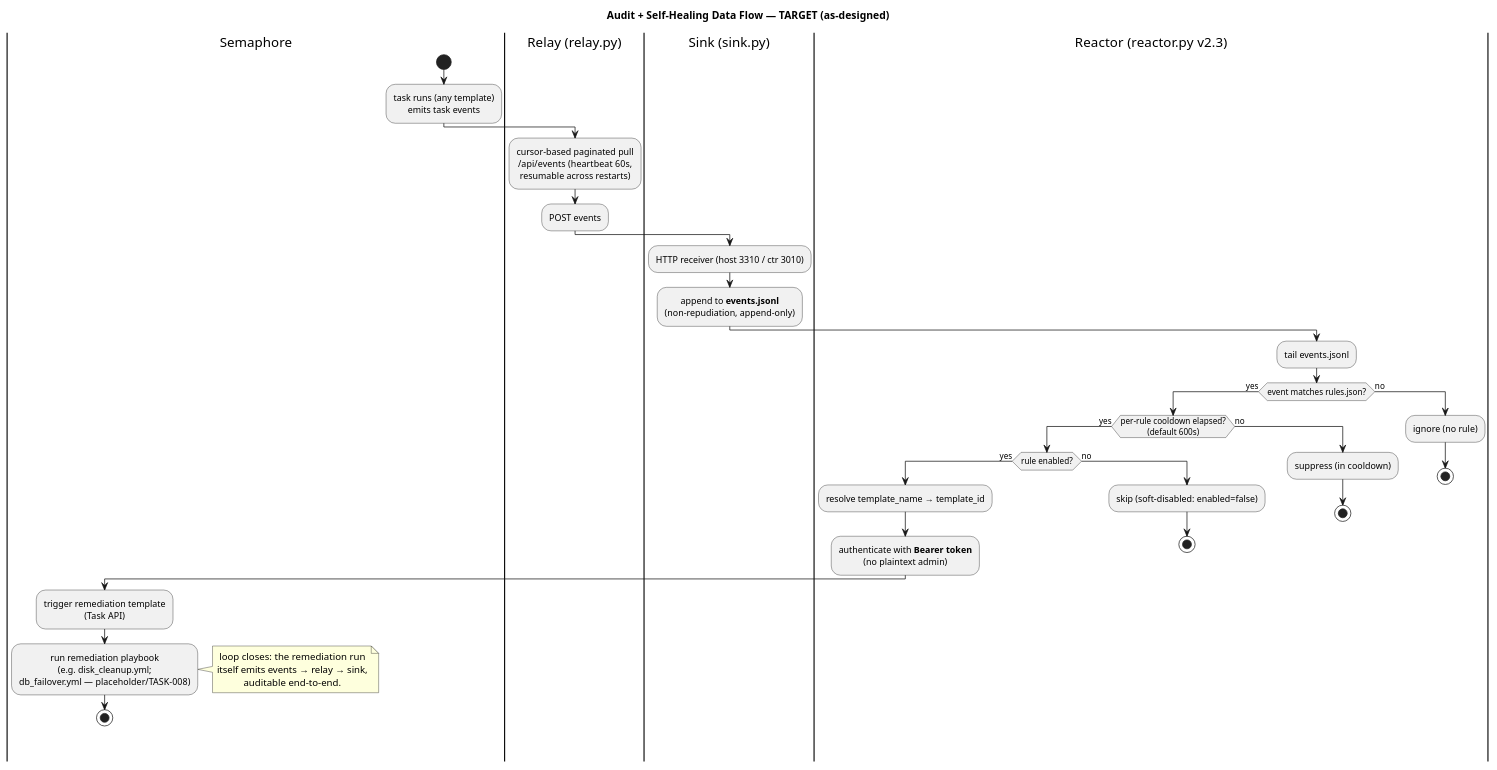
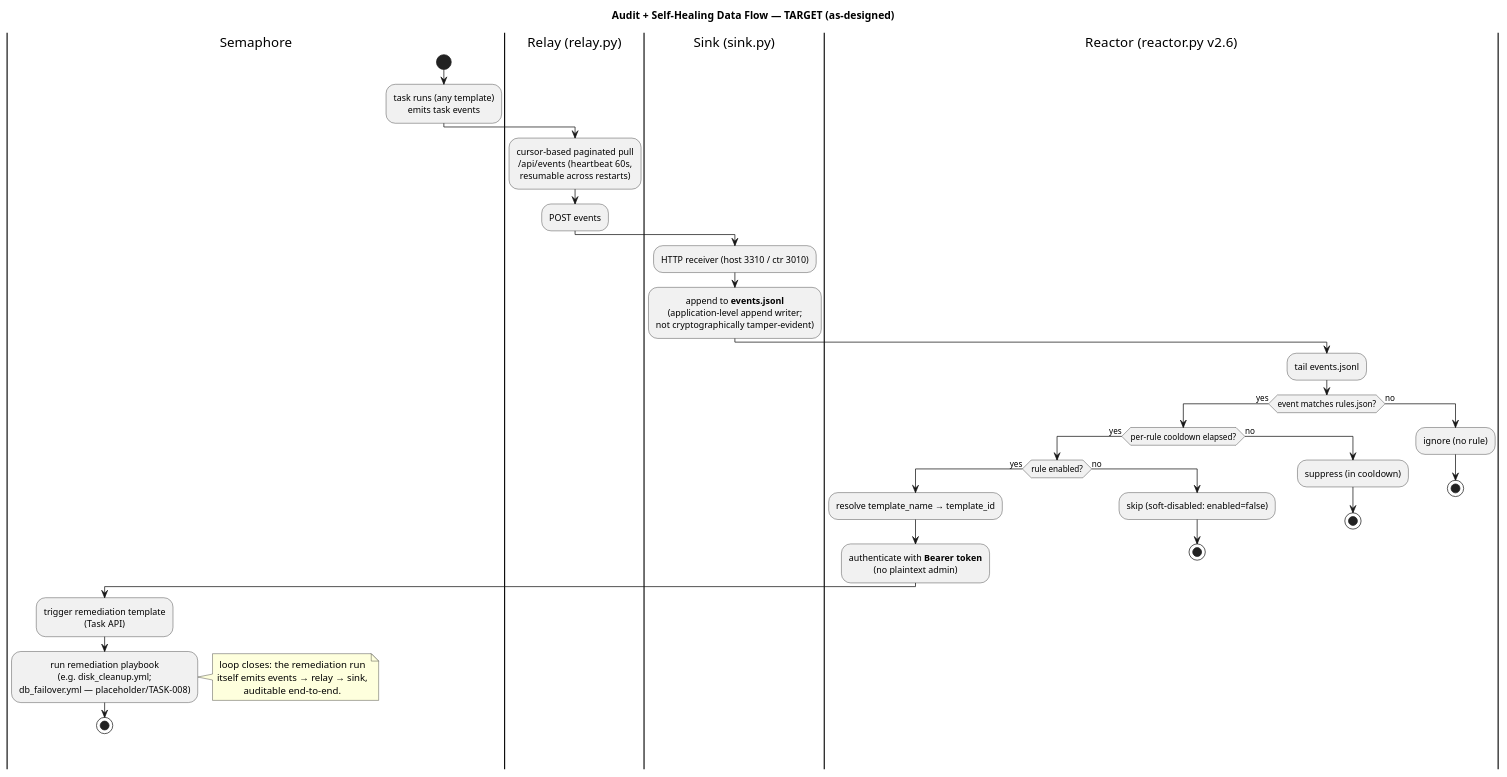
The diagram in docs/feat-target-architecture/diagrams/03-audit-selfheal-dataflow.puml (taoziyoyo2566/ansispire), drawn with PlantUML before and after one commit. The commit also changed 45 other files, not shown here.

First line of the commit message:
docs(feat-target-architecture): own the diagram set in the feature hub; reconcile doc truth (round 13)

```diff
--- a/docs/feat-target-architecture/diagrams/03-audit-selfheal-dataflow.puml
+++ b/docs/feat-target-architecture/diagrams/03-audit-selfheal-dataflow.puml
@@ -1,46 +1,46 @@
 @startuml ansispire-audit-selfheal-dataflow
 title Audit + Self-Healing Data Flow — TARGET (as-designed)
 skinparam shadowing false
 skinparam defaultTextAlignment center
 
 |Semaphore|
 start
 :task runs (any template)\nemits task events;
 |Relay (relay.py)|
 :cursor-based paginated pull\n/api/events  (heartbeat 60s,\nresumable across restarts);
 :POST events;
 |Sink (sink.py)|
 :HTTP receiver (host 3310 / ctr 3010);
-:append to **events.jsonl**\n(non-repudiation, append-only);
-|Reactor (reactor.py v2.3)|
+:append to **events.jsonl**\n(application-level append writer;\nnot cryptographically tamper-evident);
+|Reactor (reactor.py v2.6)|
 :tail events.jsonl;
 if (event matches rules.json?) then (yes)
-  if (per-rule cooldown elapsed?\n(default 600s)) then (yes)
+  if (per-rule cooldown elapsed?) then (yes)
     if (rule enabled?) then (yes)
       :resolve template_name → template_id;
       :authenticate with **Bearer token**\n(no plaintext admin);
       |Semaphore|
       :trigger remediation template\n(Task API);
       :run remediation playbook\n(e.g. disk_cleanup.yml;\ndb_failover.yml — placeholder/TASK-008);
       note right
         loop closes: the remediation run
         itself emits events → relay → sink,
         auditable end-to-end.
       end note
       stop
     else (no)
-      |Reactor (reactor.py v2.3)|
+      |Reactor (reactor.py v2.6)|
       :skip (soft-disabled: enabled=false);
       stop
     endif
   else (no)
-    |Reactor (reactor.py v2.3)|
+    |Reactor (reactor.py v2.6)|
     :suppress (in cooldown);
     stop
   endif
 else (no)
-  |Reactor (reactor.py v2.3)|
+  |Reactor (reactor.py v2.6)|
   :ignore (no rule);
   stop
 endif
 @enduml
```
